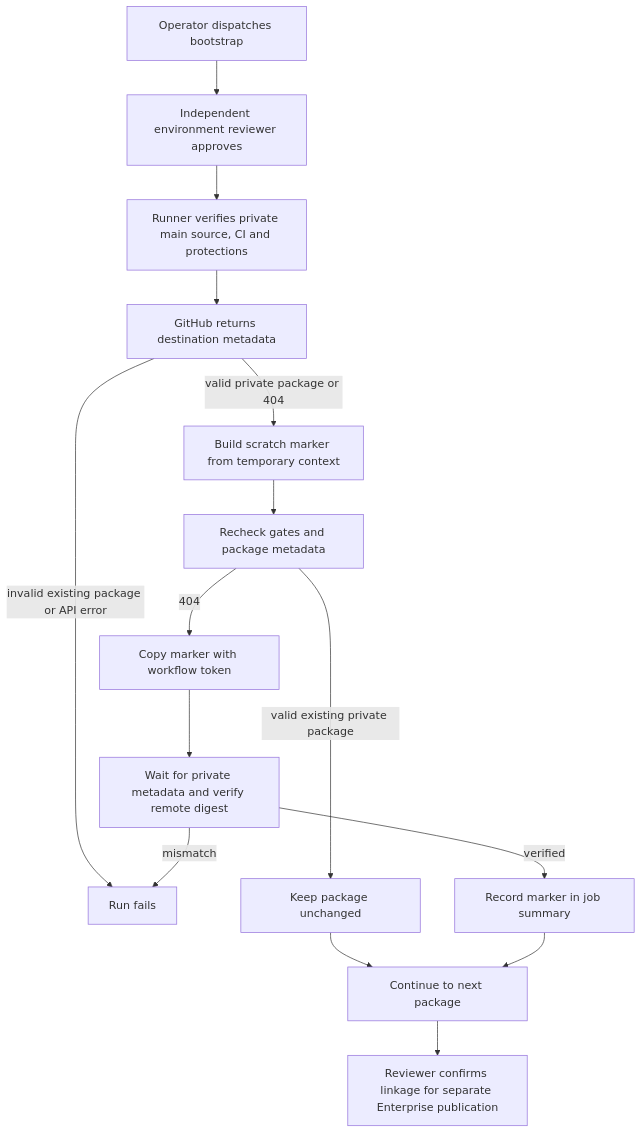
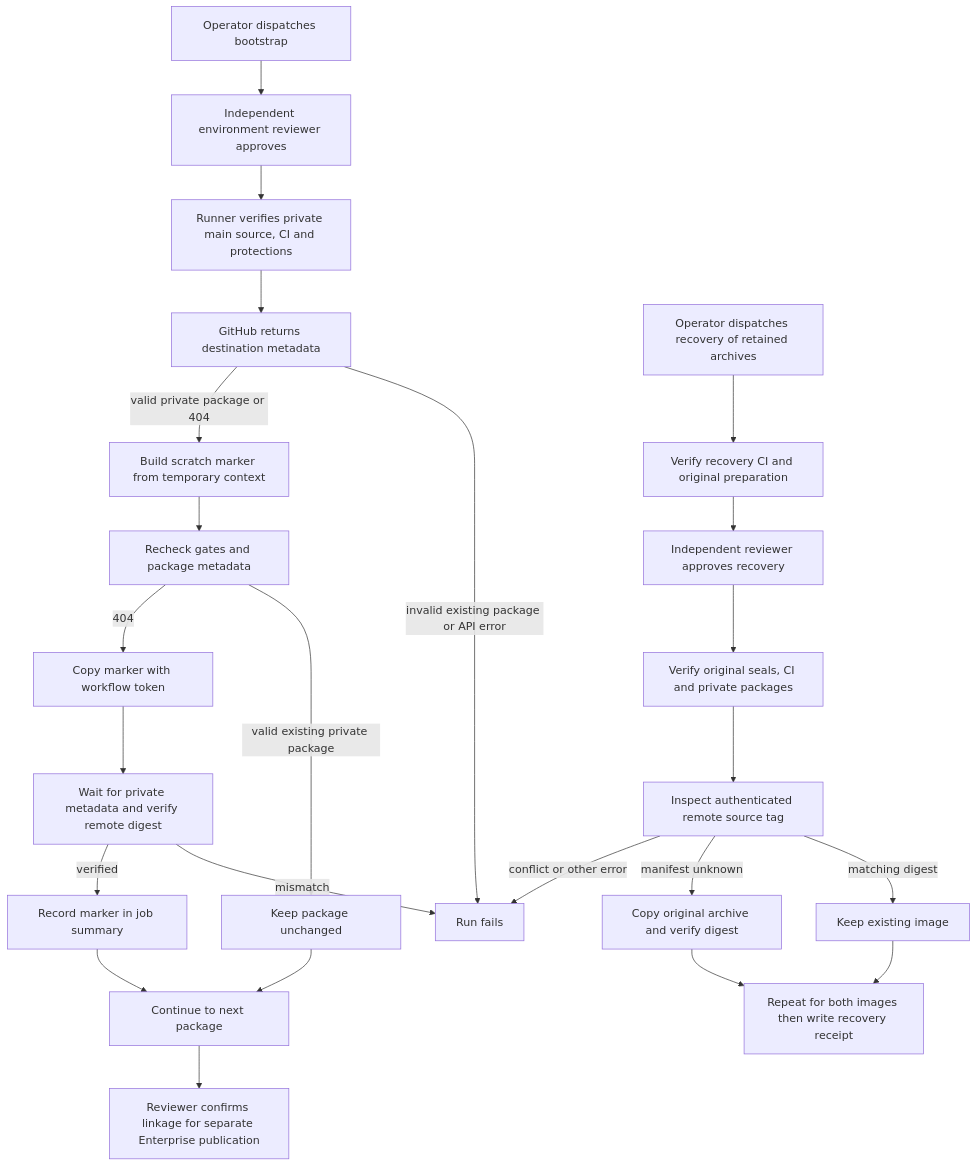
The diagram in docs/flows/container-package-bootstrap.md (openclaw/openclaw-enterprise), drawn with Mermaid before and after one commit. The commit also changed other lines of this file and 8 other files, not shown here.

````diff
--- a/docs/flows/container-package-bootstrap.md
+++ b/docs/flows/container-package-bootstrap.md
@@ -26,17 +30,26 @@
 ```mermaid
 graph TD
   A["Operator dispatches bootstrap"] --> B["Independent environment reviewer approves"]
   B --> C["Runner verifies private main source, CI and protections"]
   C --> D["GitHub returns destination metadata"]
   D -->|invalid existing package or API error| X["Run fails"]
   D -->|valid private package or 404| E["Build scratch marker from temporary context"]
   E --> F["Recheck gates and package metadata"]
   F -->|valid existing private package| G["Keep package unchanged"]
   F -->|404| H["Copy marker with workflow token"]
   H --> I["Wait for private metadata and verify remote digest"]
   I -->|mismatch| X
   I -->|verified| J["Record marker in job summary"]
   G --> K["Continue to next package"]
   J --> K
   K --> L["Reviewer confirms linkage for separate Enterprise publication"]
+  R["Operator dispatches recovery of retained archives"] --> S["Verify recovery CI and original preparation"]
+  S --> T["Independent reviewer approves recovery"]
+  T --> U["Verify original seals, CI and private packages"]
+  U --> V["Inspect authenticated remote source tag"]
+  V -->|matching digest| W["Keep existing image"]
+  V -->|manifest unknown| Y["Copy original archive and verify digest"]
+  V -->|conflict or other error| X
+  W --> Z["Repeat for both images then write recovery receipt"]
+  Y --> Z
 ```
````
